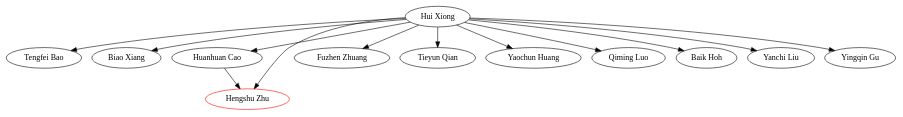
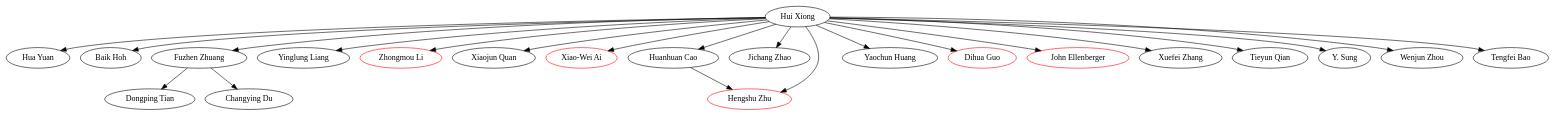
Before and after one commit to blwang59/little_network: the diagram in with_same_name/result/weighted_edge/xionghui_15.dot, drawn with Graphviz. The commit also changed 55 other files, not shown here.

```diff
--- a/with_same_name/result/weighted_edge/xionghui_15.dot
+++ b/with_same_name/result/weighted_edge/xionghui_15.dot
@@ -1,14 +1,23 @@
 strict digraph G{
+"Hui Xiong" -> "Hua Yuan"
+"Hui Xiong" -> "Baik Hoh"
+"Fuzhen Zhuang" -> "Dongping Tian"
+"Hui Xiong" -> "Yinglung Liang"
+"Hui Xiong" -> "Zhongmou Li"
+"Hui Xiong" -> "Xiaojun Quan"
+"Hui Xiong" -> "Xiao-Wei Ai"
+"Hui Xiong" -> "Huanhuan Cao"
+"Fuzhen Zhuang" -> "Changying Du"
+"Hui Xiong" -> "Fuzhen Zhuang"
+"Hui Xiong" -> "Jichang Zhao"
+"Huanhuan Cao" -> "Hengshu Zhu"
+"Hui Xiong" -> "Yaochun Huang"
+"Hui Xiong" -> "Dihua Guo"
+"Hui Xiong" -> "John Ellenberger"
+"Hui Xiong" -> "Xuefei Zhang"
+"Hui Xiong" -> "Tieyun Qian"
+"Hui Xiong" -> "Y. Sung"
+"Hui Xiong" -> "Hengshu Zhu"
+"Hui Xiong" -> "Wenjun Zhou"
 "Hui Xiong" -> "Tengfei Bao"
-"Hui Xiong" -> "Biao Xiang"
-"Hui Xiong" -> "Huanhuan Cao"
-"Huanhuan Cao" -> "Hengshu Zhu"
-"Hui Xiong" -> "Fuzhen Zhuang"
-"Hui Xiong" -> "Tieyun Qian"
-"Hui Xiong" -> "Hengshu Zhu"
-"Hui Xiong" -> "Yaochun Huang"
-"Hui Xiong" -> "Qiming Luo"
-"Hui Xiong" -> "Baik Hoh"
-"Hui Xiong" -> "Yanchi Liu"
-"Hui Xiong" -> "Yingqin Gu"
-"Hengshu Zhu" [color = red]}
+"Dihua Guo" [color = red]"Xiao-Wei Ai" [color = red]"John Ellenberger" [color = red]"Hengshu Zhu" [color = red]"Zhongmou Li" [color = red]}
```
